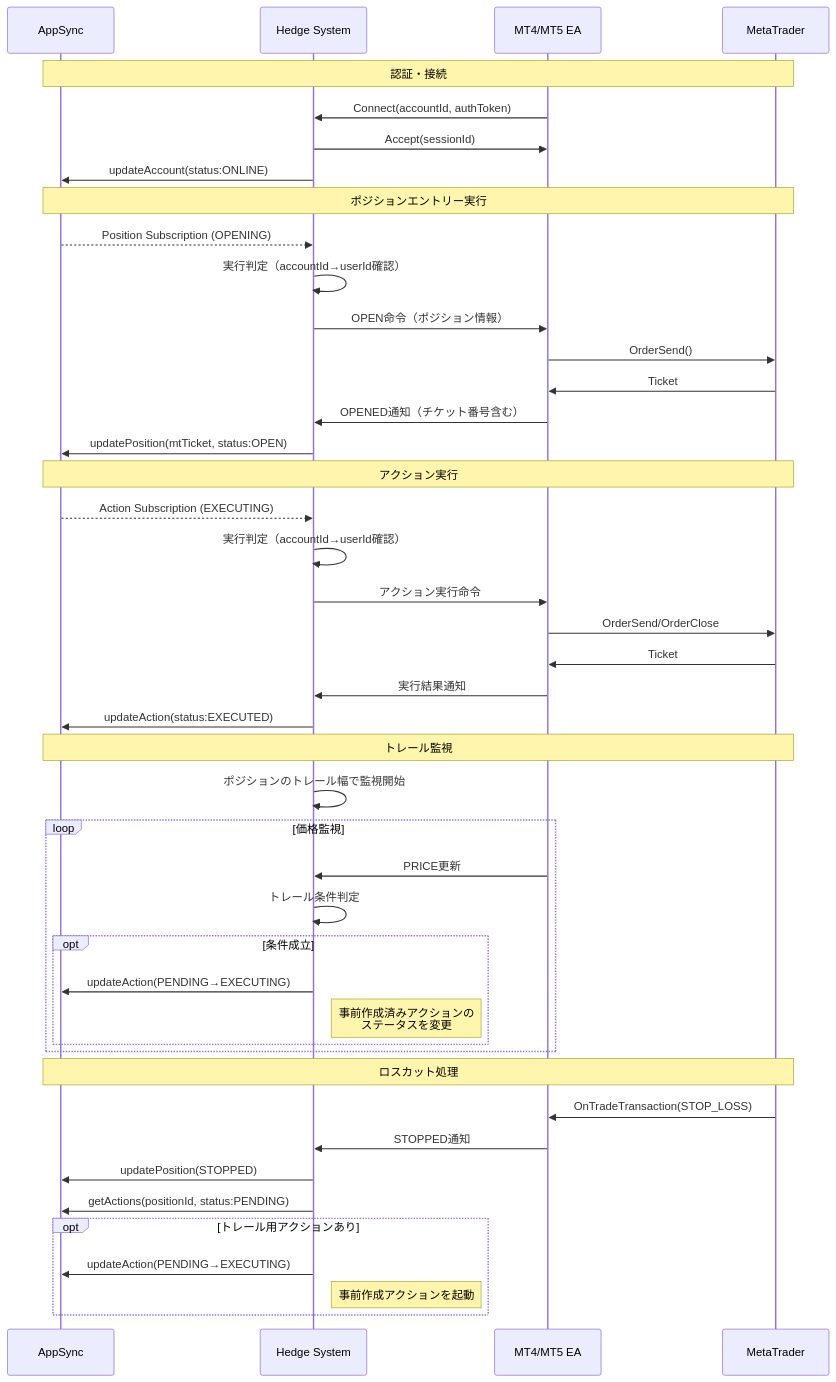
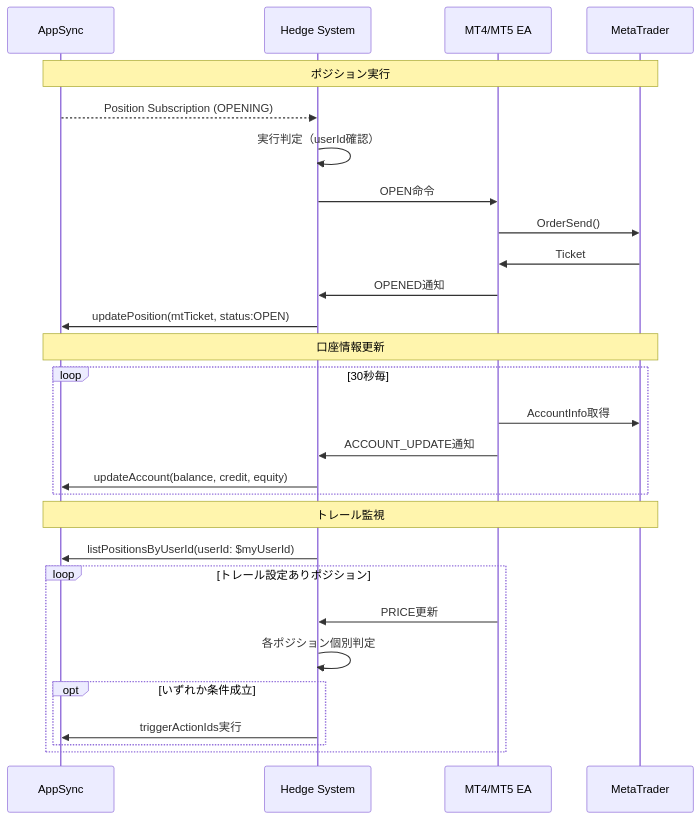
Diagram 13 of 16 in MVPシステム設計.md (rnrnstar2/ArbitrageAssistant), drawn with Mermaid before and after one commit. The commit also changed other lines of this file and 111 other files, not shown here.

````diff
--- a/MVPシステム設計.md
+++ b/MVPシステム設計.md
@@ -561,51 +707,33 @@
 ```mermaid
 sequenceDiagram
     participant API as AppSync
     participant HS as Hedge System
     participant EA as MT4/MT5 EA
     participant MT as MetaTrader
-    
-    Note over API,MT: 認証・接続
-    EA->>HS: Connect(accountId, authToken)
-    HS->>EA: Accept(sessionId)
-    HS->>API: updateAccount(status:ONLINE)
-    
-    Note over API,MT: ポジションエントリー実行
+
+    Note over API,MT: ポジション実行
     API-->>HS: Position Subscription (OPENING)
-    HS->>HS: 実行判定（accountId→userId確認）
-    HS->>EA: OPEN命令（ポジション情報）
+    HS->>HS: 実行判定（userId確認）
+    HS->>EA: OPEN命令
     EA->>MT: OrderSend()
     MT->>EA: Ticket#12345678
-    EA->>HS: OPENED通知（チケット番号含む）
+    EA->>HS: OPENED通知
     HS->>API: updatePosition(mtTicket, status:OPEN)
-    
-    Note over API,MT: アクション実行
-    API-->>HS: Action Subscription (EXECUTING)
-    HS->>HS: 実行判定（accountId→userId確認）
-    HS->>EA: アクション実行命令
-    EA->>MT: OrderSend/OrderClose
-    MT->>EA: Ticket#87654321
-    EA->>HS: 実行結果通知
-    HS->>API: updateAction(status:EXECUTED)
-    
+
+    Note over API,MT: 口座情報更新
+    loop 30秒毎
+        EA->>MT: AccountInfo取得
+        EA->>HS: ACCOUNT_UPDATE通知
+        HS->>API: updateAccount(balance, credit, equity)
+    end
+
     Note over API,MT: トレール監視
-    HS->>HS: ポジションのトレール幅で監視開始
-    loop 価格監視
+    HS->>API: listPositionsByUserId(userId: $myUserId)
+    loop トレール設定ありポジション
         EA->>HS: PRICE更新
-        HS->>HS: トレール条件判定
-        opt 条件成立
-            HS->>API: updateAction(PENDING→EXECUTING)
-            Note right of HS: 事前作成済みアクションの<br/>ステータスを変更
+        HS->>HS: 各ポジション個別判定
+        opt いずれか条件成立
+            HS->>API: triggerActionIds実行
         end
     end
-    
-    Note over API,MT: ロスカット処理
-    MT->>EA: OnTradeTransaction(STOP_LOSS)
-    EA->>HS: STOPPED通知
-    HS->>API: updatePosition(STOPPED)
-    HS->>API: getActions(positionId, status:PENDING)
-    opt トレール用アクションあり
-        HS->>API: updateAction(PENDING→EXECUTING)
-        Note right of HS: 事前作成アクションを起動
-    end
 ```
````
